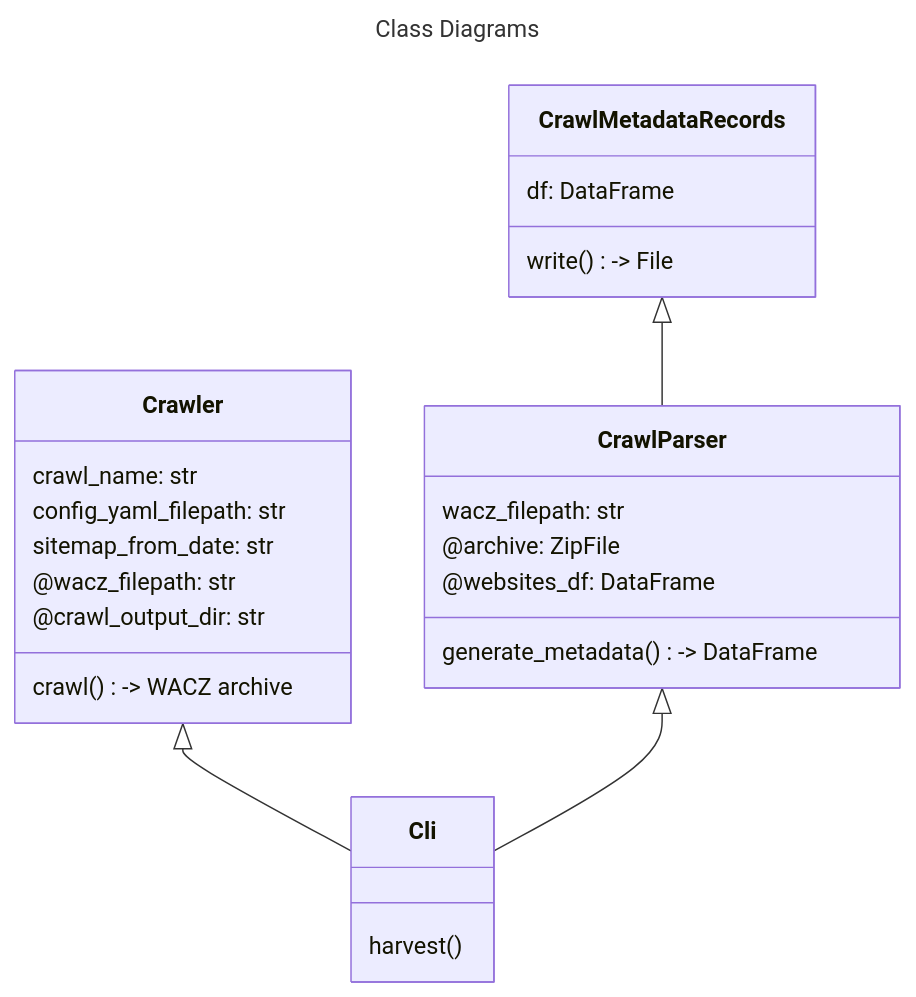
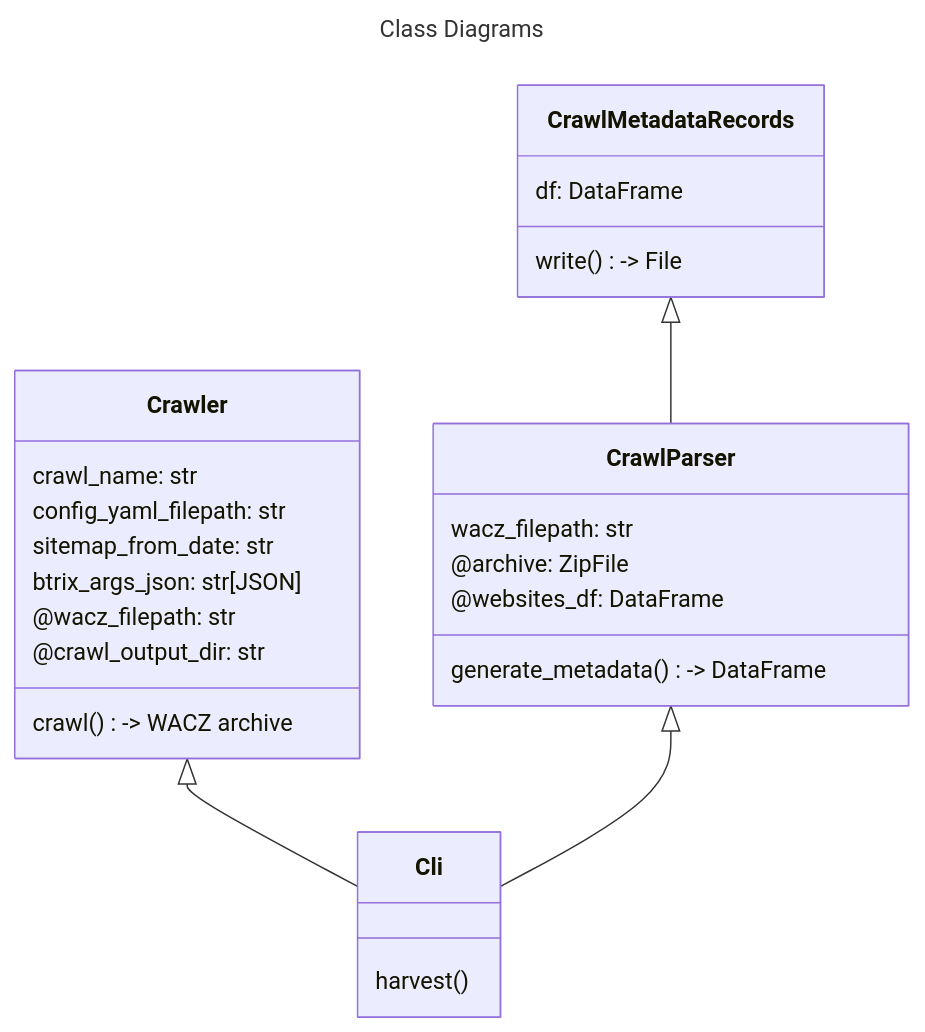
Before and after one commit to MITLibraries/browsertrix-harvester: the first of 3 diagrams in docs/architecture.md, drawn with Mermaid. The commit also changed other lines of this file and 2 other files, not shown here.

````diff
--- a/docs/architecture.md
+++ b/docs/architecture.md
@@ -5,31 +24,32 @@
 ```mermaid
 ---
 title: Class Diagrams
 ---
 classDiagram
     class Cli{
         harvest()        
     }
     class Crawler{
         crawl_name: str
         config_yaml_filepath: str
-        sitemap_from_date: str         
+        sitemap_from_date: str
+        btrix_args_json: str[JSON]
         @wacz_filepath: str
         @crawl_output_dir: str
         crawl() -> WACZ archive
     }
     class CrawlParser{
         wacz_filepath: str
         @archive: ZipFile
         @websites_df: DataFrame
         generate_metadata() -> DataFrame        
     }
     class CrawlMetadataRecords{
         df: DataFrame
         write() -> File
     }
     Crawler <|-- Cli
     CrawlParser <|-- Cli
     CrawlMetadataRecords <|-- CrawlParser
     
 ```
````
